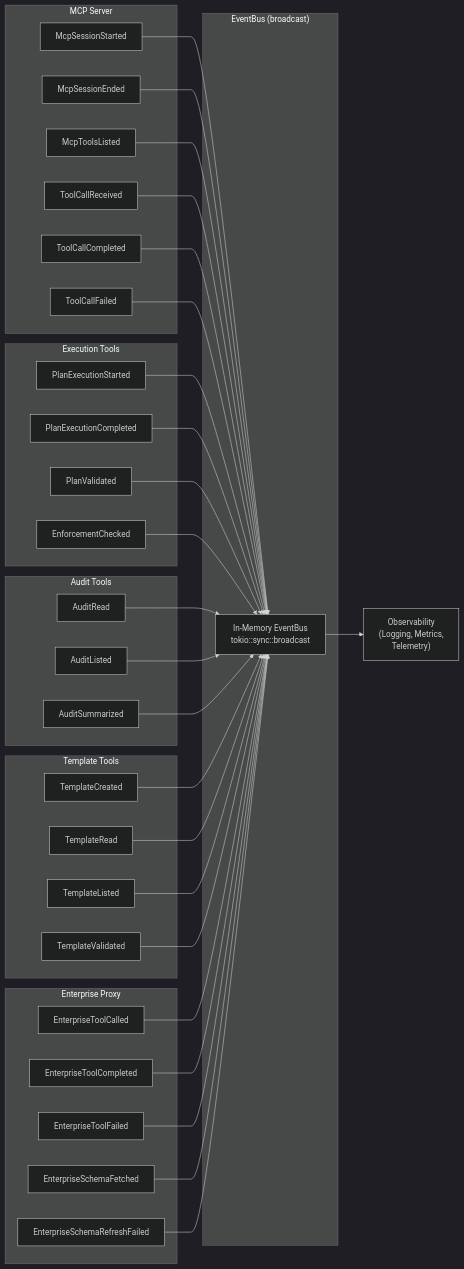
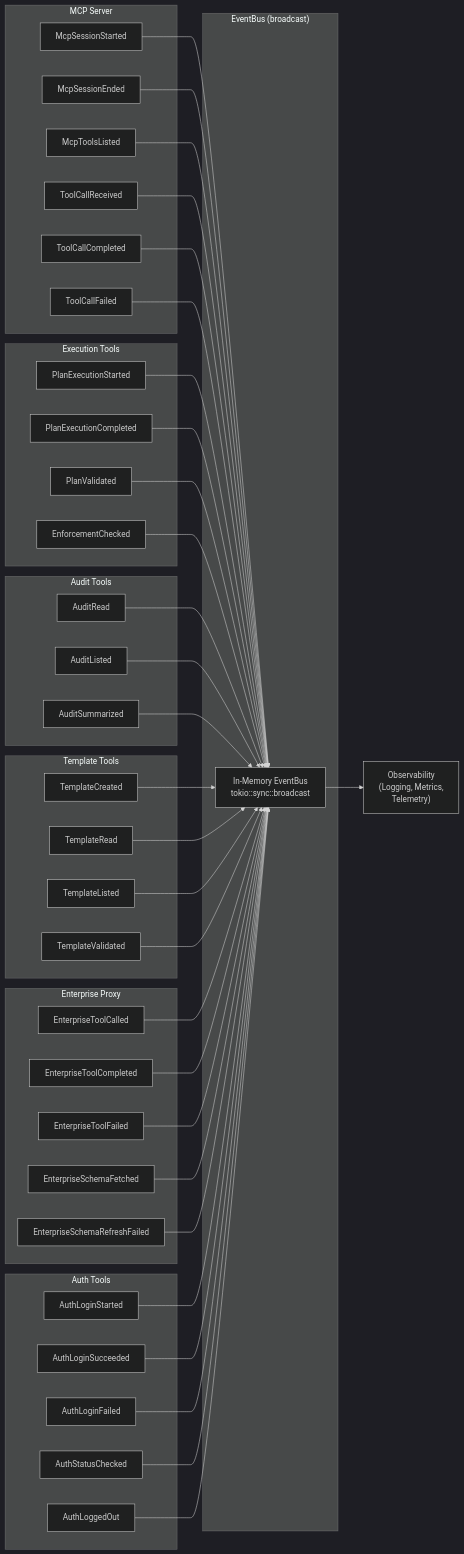
Before and after one commit to arman-jalili/rigorix-oss: the diagram in mcp/.pi/architecture/diagrams/event-flow.md, drawn with Mermaid (dark theme). The commit also changed other lines of this file and 25 other files, not shown here.

First line of the commit message:
docs(architecture): contract freeze for approval binding + identity attestation

````diff
--- a/mcp/.pi/architecture/diagrams/event-flow.md
+++ b/mcp/.pi/architecture/diagrams/event-flow.md
@@ -9,51 +9,60 @@
 ```mermaid
 graph LR
     subgraph "MCP Server"
         SESSION_START["McpSessionStarted"]
         SESSION_END["McpSessionEnded"]
         TOOLS_LISTED["McpToolsListed"]
         TOOL_CALL_RECV["ToolCallReceived"]
         TOOL_CALL_OK["ToolCallCompleted"]
         TOOL_CALL_FAIL["ToolCallFailed"]
     end
 
     subgraph "Execution Tools"
         EXEC_START["PlanExecutionStarted"]
         EXEC_END["PlanExecutionCompleted"]
         PLAN_VALID["PlanValidated"]
         ENFORCE_CHECKED["EnforcementChecked"]
     end
 
     subgraph "Audit Tools"
         AUDIT_READ["AuditRead"]
         AUDIT_LISTED["AuditListed"]
         AUDIT_SUM["AuditSummarized"]
     end
 
     subgraph "Template Tools"
         TEMPL_CREATED["TemplateCreated"]
         TEMPL_READ["TemplateRead"]
         TEMPL_LISTED["TemplateListed"]
         TEMPL_VALID["TemplateValidated"]
     end
 
     subgraph "Enterprise Proxy"
         ENT_CALLED["EnterpriseToolCalled"]
         ENT_OK["EnterpriseToolCompleted"]
         ENT_FAIL["EnterpriseToolFailed"]
         SCHEMA_OK["EnterpriseSchemaFetched"]
         SCHEMA_FAIL["EnterpriseSchemaRefreshFailed"]
     end
 
+    subgraph "Auth Tools"
+        AUTH_LOGIN_START["AuthLoginStarted"]
+        AUTH_LOGIN_OK["AuthLoginSucceeded"]
+        AUTH_LOGIN_FAIL["AuthLoginFailed"]
+        AUTH_STATUS["AuthStatusChecked"]
+        AUTH_LOGOUT["AuthLoggedOut"]
+    end
+
     subgraph "EventBus (broadcast)"
         BUS["In-Memory EventBus\ntokio::sync::broadcast"]
     end
 
     SESSION_START & SESSION_END & TOOLS_LISTED & TOOL_CALL_RECV & TOOL_CALL_OK & TOOL_CALL_FAIL --> BUS
     EXEC_START & EXEC_END & PLAN_VALID & ENFORCE_CHECKED --> BUS
     AUDIT_READ & AUDIT_LISTED & AUDIT_SUM --> BUS
     TEMPL_CREATED & TEMPL_READ & TEMPL_LISTED & TEMPL_VALID --> BUS
     ENT_CALLED & ENT_OK & ENT_FAIL & SCHEMA_OK & SCHEMA_FAIL --> BUS
+    AUTH_LOGIN_START & AUTH_LOGIN_OK & AUTH_LOGIN_FAIL & AUTH_STATUS & AUTH_LOGOUT --> BUS
 
     BUS --> OBS["Observability\n(Logging, Metrics,\n Telemetry)"]
 ```
````
